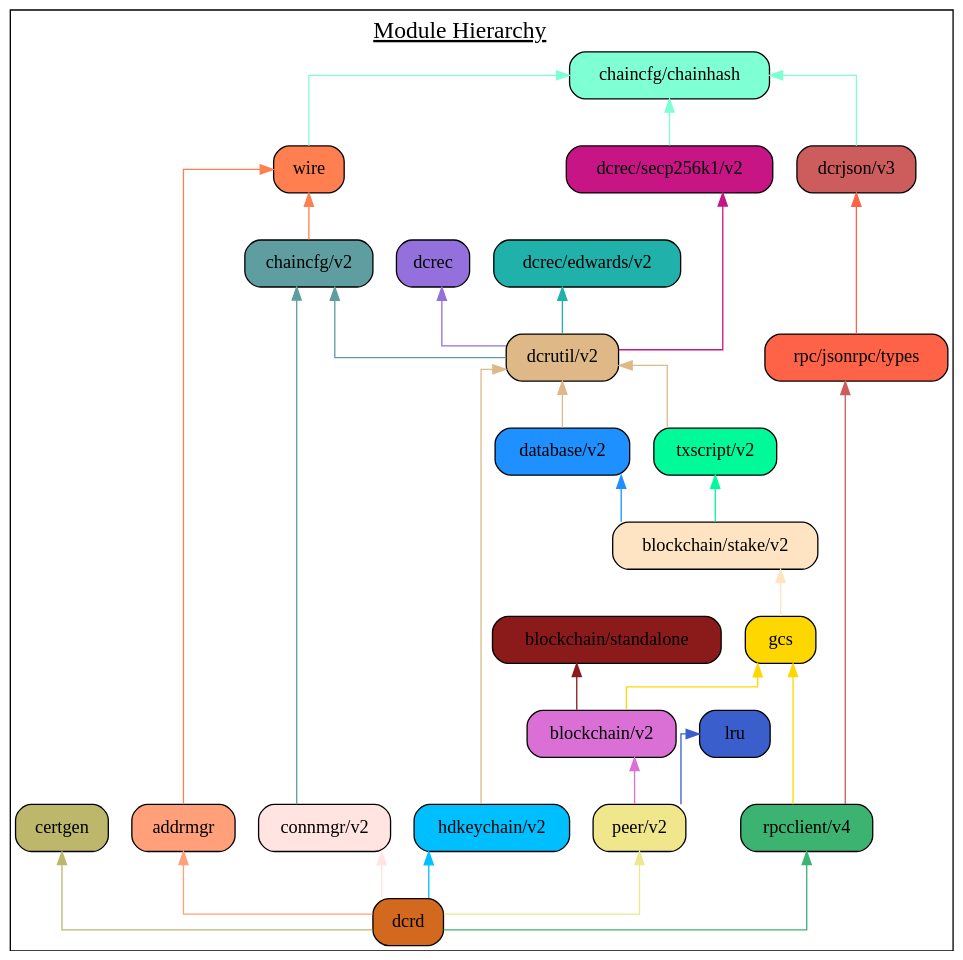
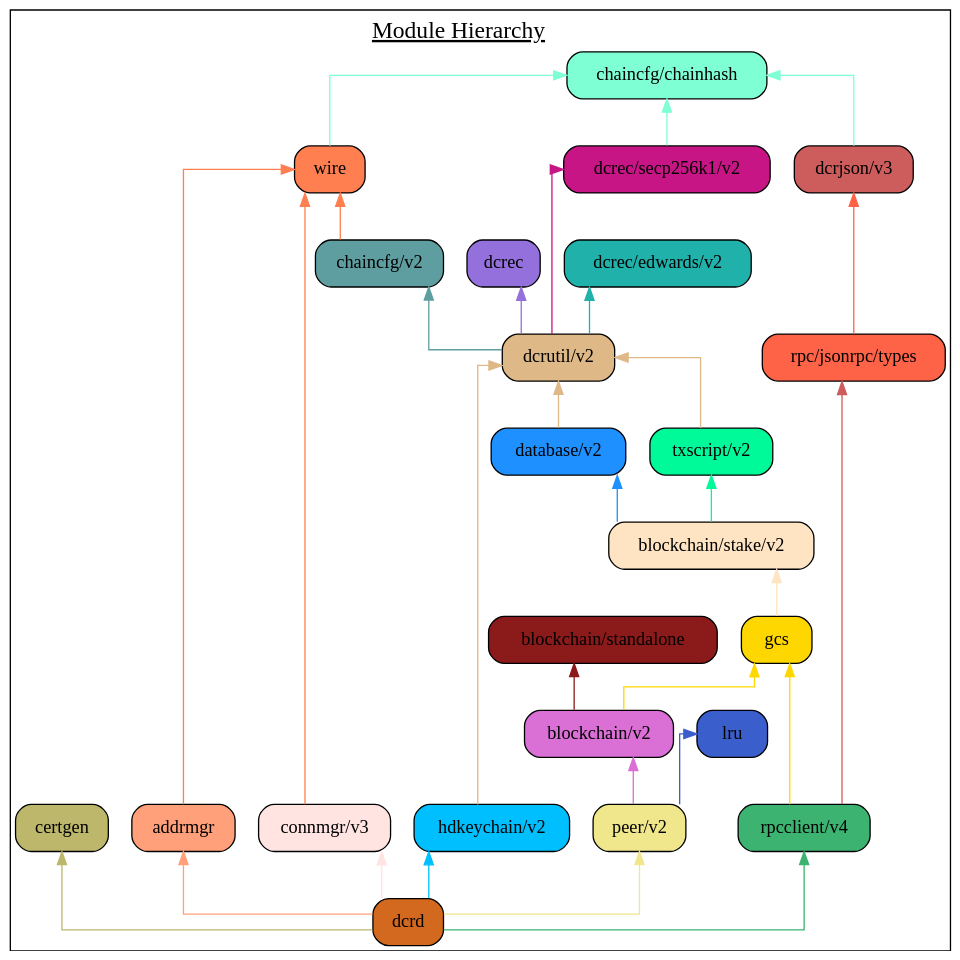
Before and after one commit to decred/dcrd: the diagram in docs/assets/module_hierarchy.gv, drawn with Graphviz. The commit also changed 2 other files, not shown here.

Commit message:
docs: Update for connmgr v3 module.
This updates the docs/README.md file, module hierarchy graphviz, and
module hierarchy diagram to reflect the new module version.

```diff
--- a/docs/assets/module_hierarchy.gv
+++ b/docs/assets/module_hierarchy.gv
@@ -1,63 +1,63 @@
 digraph {
 	graph [splines=ortho colorscheme=svg label=<<u>Module Hierarchy</u>> labelloc=t fontsize=18.0]
 	node [shape=box style="filled, rounded"]
 
 	certgen [label="certgen" fillcolor=darkkhaki]
 	chainhash [label="chaincfg/chainhash" fillcolor=aquamarine]
 	dcrjson [label="dcrjson/v3" fillcolor=indianred]
 	types [label="rpc/jsonrpc/types" fillcolor=tomato]
 	wire [label="wire" fillcolor=coral]
 	addrmgr [label="addrmgr" fillcolor=lightsalmon]
 	chaincfg [label="chaincfg/v2" fillcolor=cadetblue]
-	connmgr [label="connmgr/v2" fillcolor=mistyrose]
+	connmgr [label="connmgr/v3" fillcolor=mistyrose]
 	dcrec [label="dcrec" fillcolor=mediumpurple]
 	edwards [label="dcrec/edwards/v2" fillcolor=lightseagreen]
 	secp256k1 [label="dcrec/secp256k1/v2" fillcolor=mediumvioletred]
 	dcrutil [label="dcrutil/v2" fillcolor=burlywood]
 	database [label="database/v2" fillcolor=dodgerblue]
 	hdkeychain [label="hdkeychain/v2" fillcolor=deepskyblue]
 	txscript [label="txscript/v2" fillcolor=mediumspringgreen]
 	stake [label="blockchain/stake/v2" fillcolor=bisque]
 	standalone [label="blockchain/standalone" fillcolor=firebrick4]
 	gcs [label="gcs" fillcolor=gold]
 	blockchain [label="blockchain/v2" fillcolor=orchid]
 	lru  [label="lru" fillcolor=royalblue3]
 	peer [label="peer/v2" fillcolor=khaki]
 	rpcclient [label="rpcclient/v4" fillcolor=mediumseagreen]
 	dcrd [label="dcrd" fillcolor=chocolate]
 
 	{rank=same connmgr addrmgr hdkeychain peer rpcclient}
 
 	certgen
 	chainhash -> dcrjson [dir=back color=aquamarine]
 	chainhash -> wire [dir=back color=aquamarine]
 	wire -> addrmgr [dir=back color=coral]
 	wire -> chaincfg [dir=back color=coral]
-	chaincfg -> connmgr [dir=back color=cadetblue]
+	wire -> connmgr [dir=back color=coral]
 	chainhash -> secp256k1 [dir=back color=aquamarine]
 	chaincfg -> dcrutil [dir=back color=cadetblue]
 	dcrec -> dcrutil [dir=back color=mediumpurple]
 	edwards ->  dcrutil [dir=back color=lightseagreen]
 	secp256k1 ->  dcrutil [dir=back color=mediumvioletred]
 	dcrutil -> database [dir=back color=burlywood]
 	dcrutil -> hdkeychain [dir=back color=burlywood]
 	dcrutil -> txscript [dir=back color=burlywood]
 	database ->  stake [dir=back color=dodgerblue]
 	txscript -> stake [dir=back color=mediumspringgreen]
 	stake -> gcs [dir=back color=bisque]
 	standalone -> blockchain [dir=back color=firebrick4]
 	gcs -> blockchain [dir=back color=gold]
 	gcs -> rpcclient [dir=back color=gold]
 
 	lru -> peer [dir=back color=royalblue3]
 	blockchain -> peer [dir=back color=orchid]
 	dcrjson -> types [dir=back color=tomato]
 	types -> rpcclient [dir=back color=indianred]
 
 	certgen -> dcrd [dir=back color=darkkhaki]
 	addrmgr -> dcrd [dir=back color=lightsalmon]
 	hdkeychain -> dcrd [dir=back color=deepskyblue]
 	connmgr -> dcrd [dir=back color=mistyrose]
 	rpcclient -> dcrd [dir=back color=mediumseagreen]
 	peer -> dcrd [dir=back color=khaki]
 }
```
